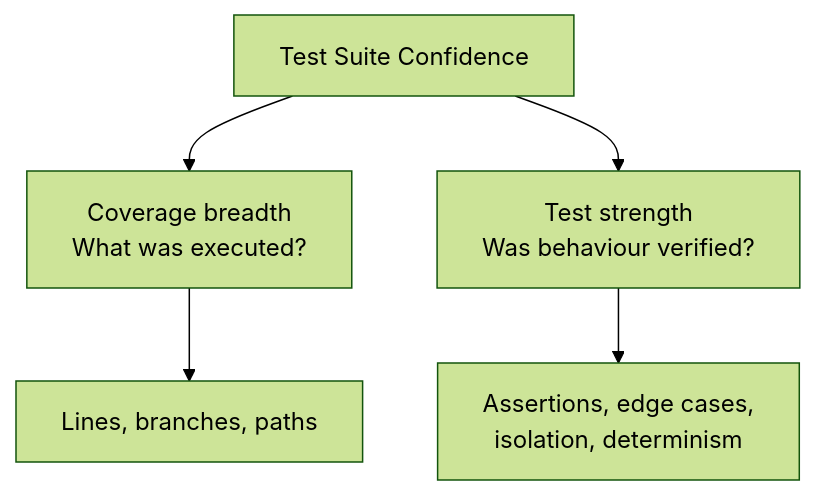
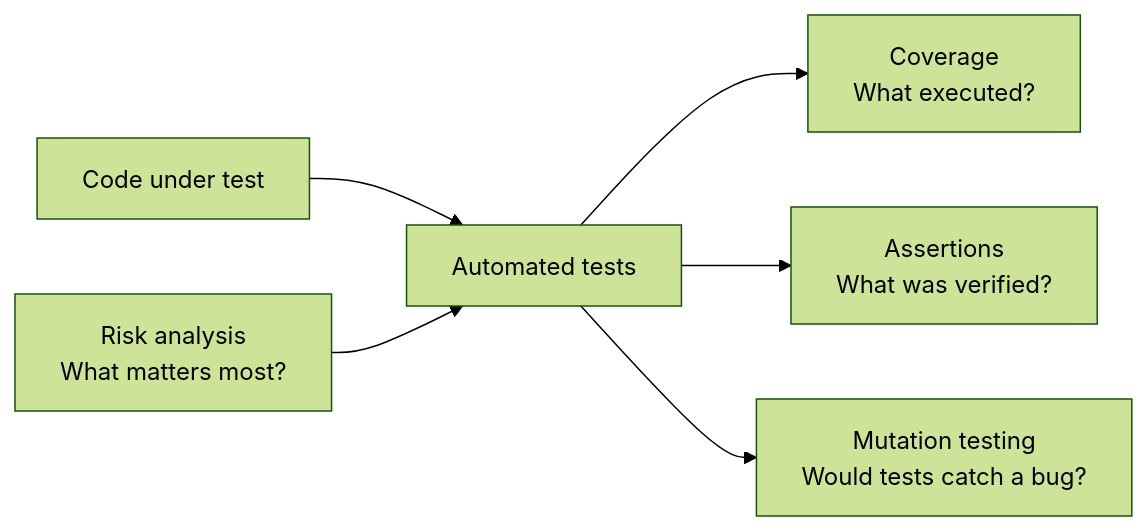
One commit to AvadhBhalodiya/Interview-Preparation changed the first of 7 diagrams in src/content/testing/test-coverage-good-tests.md. Above: the diagram before and after it, drawn with Mermaid (forest theme). The commit also changed other lines of this file and 54 other files, not shown here.

First line of the commit message:
Refactor testing documentation: clarify test boundaries and improve structure

````diff
--- a/src/content/testing/test-coverage-good-tests.md
+++ b/src/content/testing/test-coverage-good-tests.md
@@ -24,13 +31,8 @@
 ```mermaid
-flowchart TD
-    CONFIDENCE[Test Suite Confidence]
-    BREADTH["Coverage breadth<br/>What was executed?"]
-    STRENGTH["Test strength<br/>Was behaviour verified?"]
-    MEASURES["Lines, branches, paths"]
-    QUALITIES["Assertions, edge cases,<br/>isolation, determinism"]
-
-    CONFIDENCE --> BREADTH
-    CONFIDENCE --> STRENGTH
-    BREADTH --> MEASURES
-    STRENGTH --> QUALITIES
+flowchart LR
+    CODE[Code under test] --> TESTS[Automated tests]
+    TESTS --> COV["Coverage<br/>What executed?"]
+    TESTS --> ASSERT["Assertions<br/>What was verified?"]
+    TESTS --> MUT["Mutation testing<br/>Would tests catch a bug?"]
+    RISK["Risk analysis<br/>What matters most?"] --> TESTS
 ```
````
